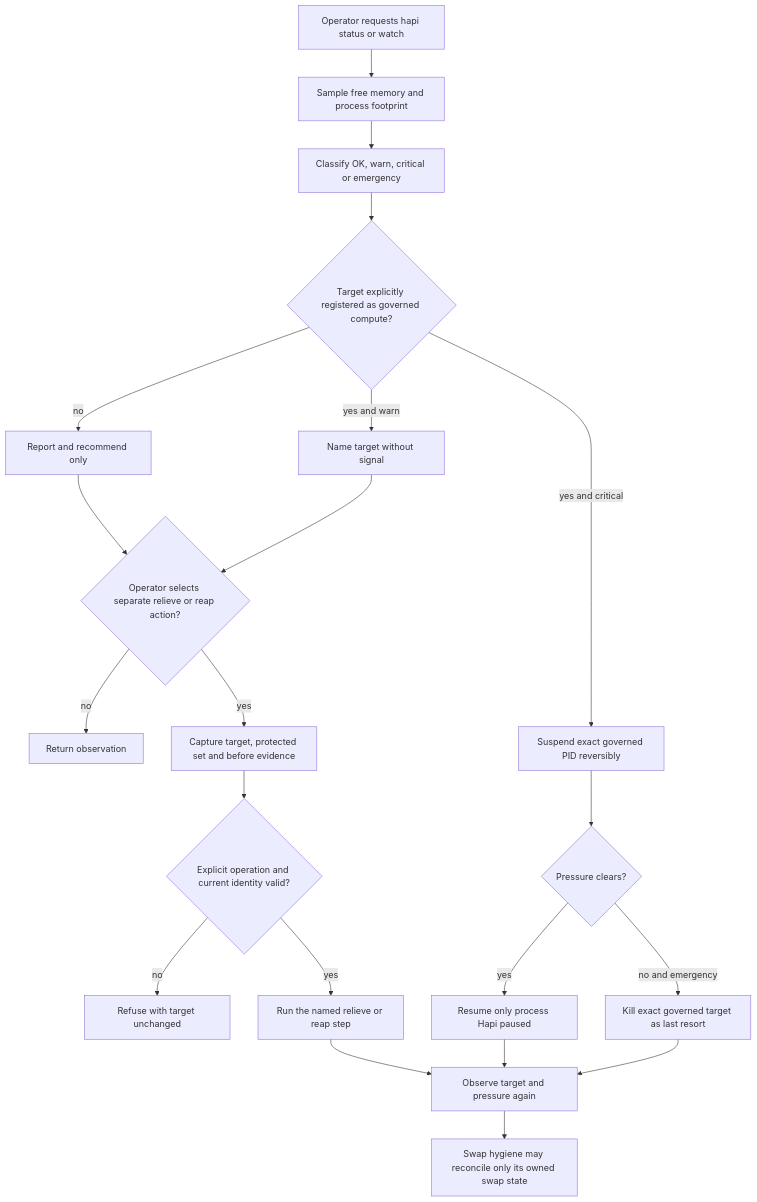
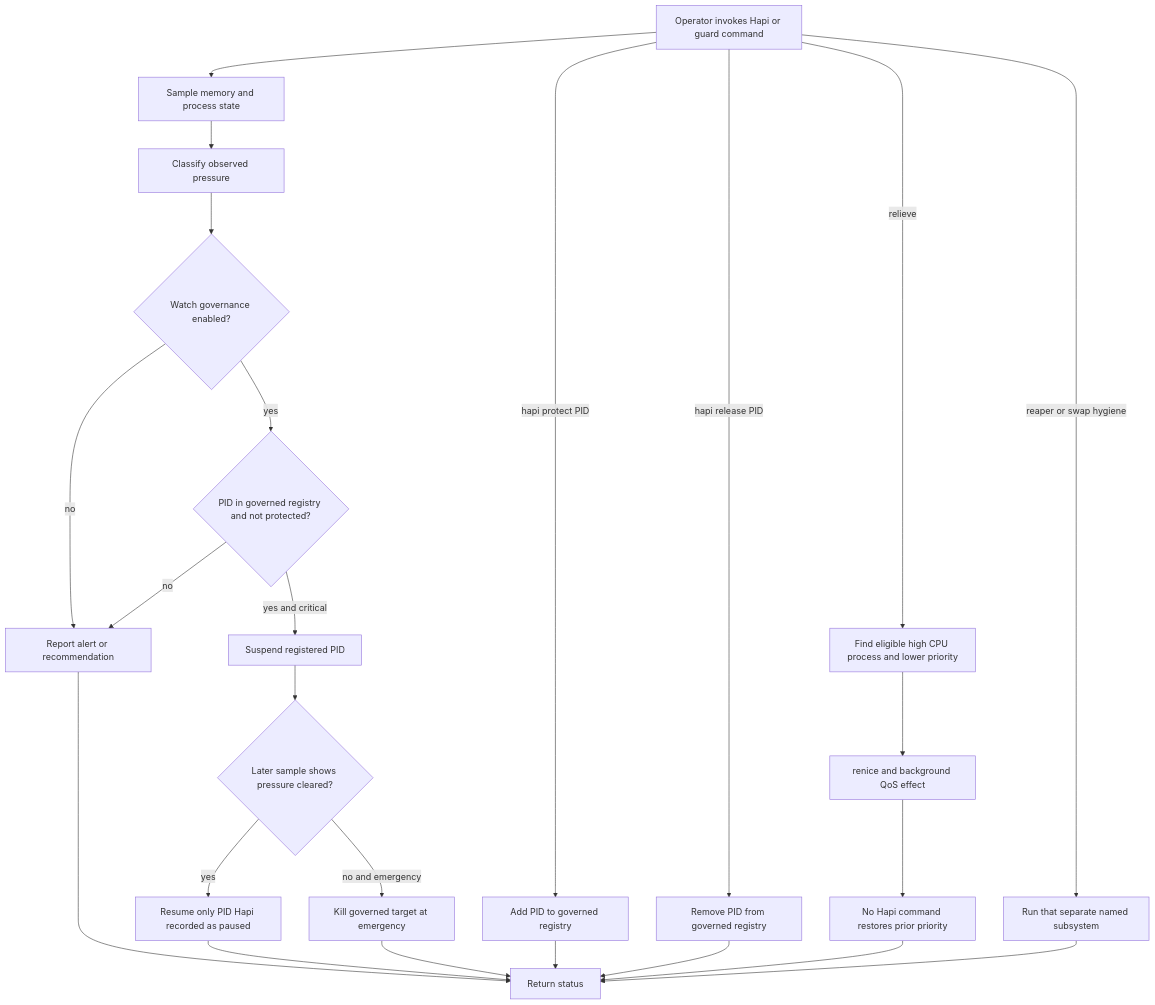
Before and after one commit to SirsiMaster/sirsi-pantheon: diagram 14 of 45 in docs/stacklab/pantheon-pt/canon/DIAGRAMS_PRODUCT_OPERATIONS.md, drawn with Mermaid. The commit also changed other lines of this file and 2 other files, not shown here.

Commit message:
docs(stacklab): align workflow diagrams with actual effects and recovery

````diff
--- a/docs/stacklab/pantheon-pt/canon/DIAGRAMS_PRODUCT_OPERATIONS.md
+++ b/docs/stacklab/pantheon-pt/canon/DIAGRAMS_PRODUCT_OPERATIONS.md
@@ -376,23 +407,26 @@
 ```mermaid
 flowchart TD
-  START[Operator requests hapi status or watch] --> SAMPLE[Sample free memory and process footprint]
-  SAMPLE --> TIER[Classify OK, warn, critical or emergency]
-  TIER --> GOV{Target explicitly registered as governed compute?}
-  GOV -->|no| WARN[Report and recommend only]
-  GOV -->|yes and warn| NAME[Name target without signal]
-  GOV -->|yes and critical| PAUSE[Suspend exact governed PID reversibly]
-  PAUSE --> CLEAR{Pressure clears?}
-  CLEAR -->|yes| RESUME[Resume only process Hapi paused]
-  CLEAR -->|no and emergency| KILL[Kill exact governed target as last resort]
-  WARN --> MANUAL{Operator selects separate relieve or reap action?}
-  NAME --> MANUAL
-  MANUAL -->|no| END[Return observation]
-  MANUAL -->|yes| PREFLIGHT[Capture target, protected set and before evidence]
-  PREFLIGHT --> CONSENT{Explicit operation and current identity valid?}
-  CONSENT -->|no| REFUSE[Refuse with target unchanged]
-  CONSENT -->|yes| ACTION[Run the named relieve or reap step]
-  ACTION --> POST[Observe target and pressure again]
-  POST --> SWAP[Swap hygiene may reconcile only its owned swap state]
-  KILL --> POST
-  RESUME --> POST
+  OP[Operator invokes Hapi or guard command] --> SAMPLE[Sample memory and process state]
+  SAMPLE --> TIER[Classify observed pressure]
+  TIER --> WATCH{Watch governance enabled?}
+  WATCH -->|no| REPORT[Report alert or recommendation]
+  WATCH -->|yes| PID{PID in governed registry and not protected?}
+  PID -->|no| REPORT
+  PID -->|yes and critical| PAUSE[Suspend registered PID]
+  PAUSE --> CLEAR{Later sample shows pressure cleared?}
+  CLEAR -->|yes| RESUME[Resume only PID Hapi recorded as paused]
+  CLEAR -->|no and emergency| KILL[Kill governed target at emergency]
+  OP -->|hapi protect PID| PROTECT[Add PID to governed registry]
+  OP -->|hapi release PID| RELEASE[Remove PID from governed registry]
+  OP -->|relieve| RELIEVE[Find eligible high CPU process and lower priority]
+  RELIEVE --> EFFECT[renice and background QoS effect]
+  EFFECT --> LIMIT[No Hapi command restores prior priority]
+  OP -->|reaper or swap hygiene| OTHER[Run that separate named subsystem]
+  REPORT --> OUT[Return status]
+  RESUME --> OUT
+  KILL --> OUT
+  PROTECT --> OUT
+  RELEASE --> OUT
+  LIMIT --> OUT
+  OTHER --> OUT
 ```
````
